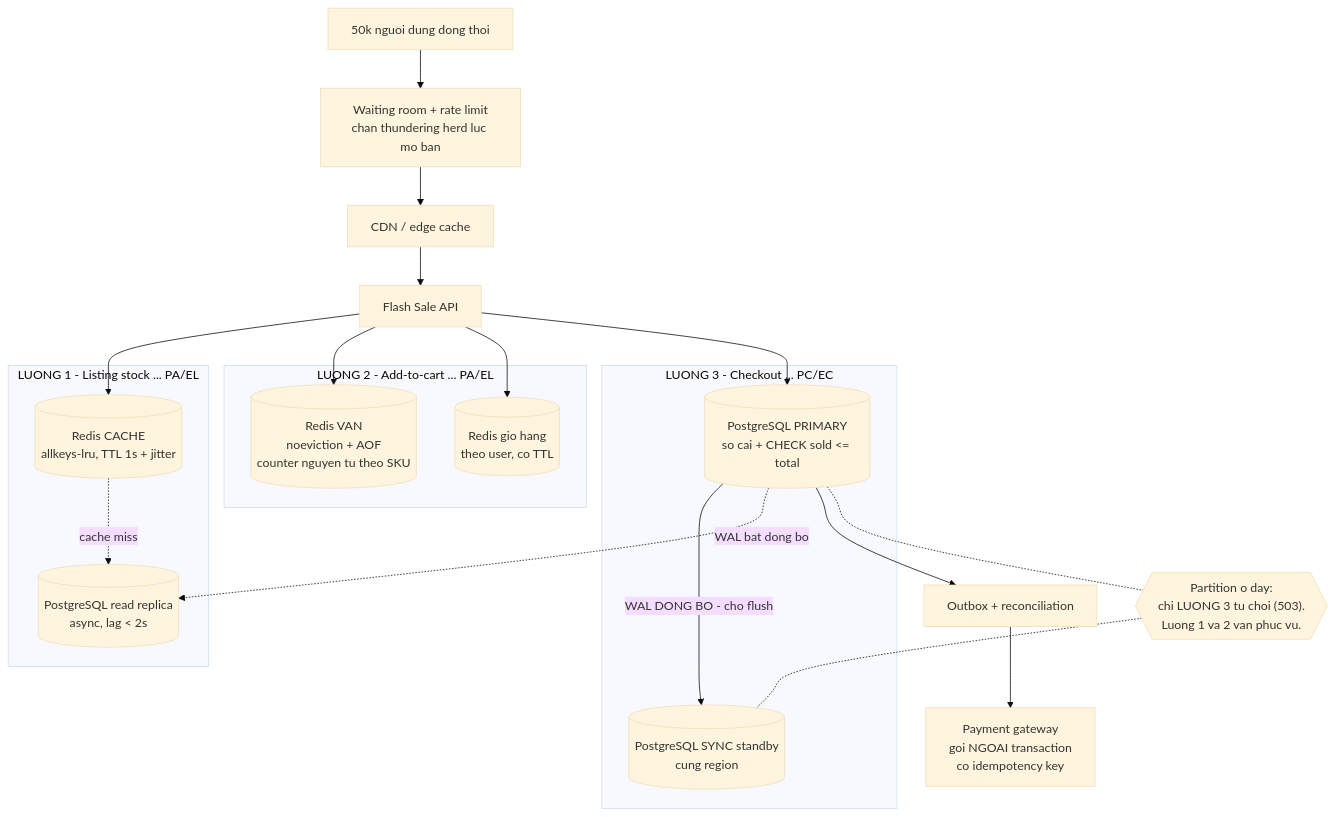
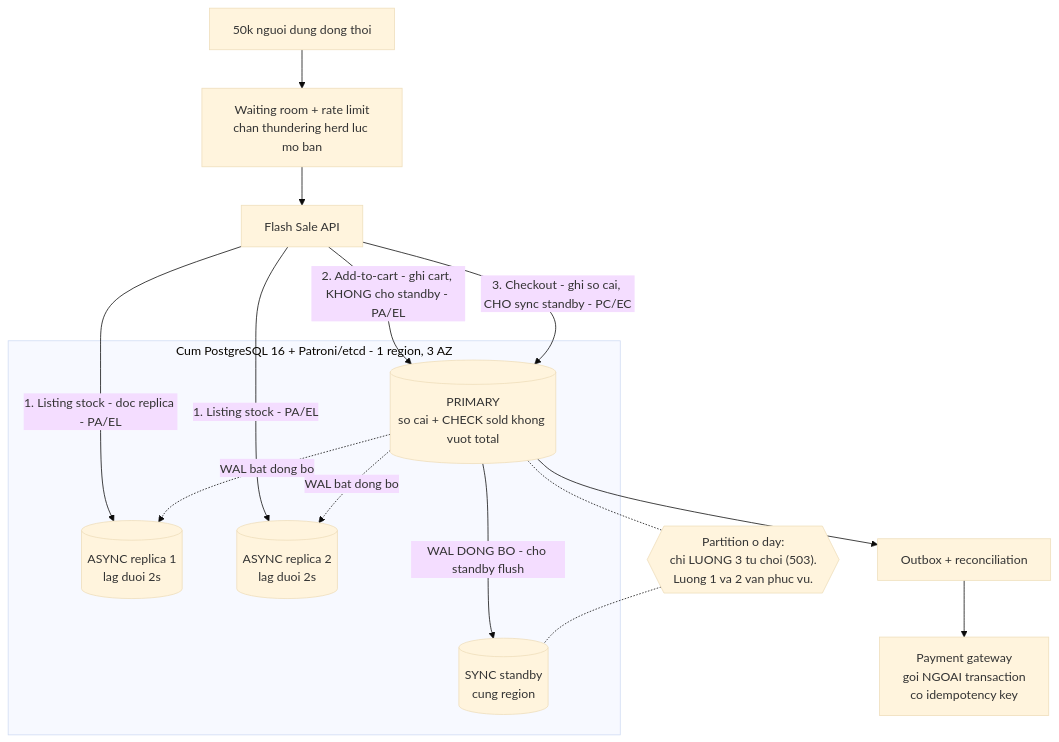
Before and after one commit to tamnt871999/java-project: the diagram in ass4/README.md, drawn with Mermaid (base theme). The commit also changed other lines of this file and 1 other file, not shown here.

First line of the commit message:
ass4: bo han Redis, chi con PostgreSQL + replica; them ban PDF

````diff
--- a/ass4/README.md
+++ b/ass4/README.md
@@ -291,36 +108,28 @@
 ```mermaid
 graph TB
     U["50k nguoi dung dong thoi"] --> WR["Waiting room + rate limit<br/>chan thundering herd luc mo ban"]
-    WR --> CDN["CDN / edge cache"]
-    CDN --> API["Flash Sale API"]
+    WR --> API["Flash Sale API"]
 
-    subgraph F1["LUONG 1 - Listing stock ... PA/EL"]
-        RC[("Redis CACHE<br/>allkeys-lru, TTL 1s + jitter")]
-        RR[("PostgreSQL read replica<br/>async, lag < 2s")]
+    subgraph CLUSTER["Cum PostgreSQL 16 + Patroni/etcd - 1 region, 3 AZ"]
+        PGP[("PRIMARY<br/>so cai + CHECK sold khong vuot total")]
+        PGS[("SYNC standby<br/>cung region")]
+        RR1[("ASYNC replica 1<br/>lag duoi 2s")]
+        RR2[("ASYNC replica 2<br/>lag duoi 2s")]
     end
 
-    subgraph F2["LUONG 2 - Add-to-cart ... PA/EL"]
-        RV[("Redis VAN<br/>noeviction + AOF<br/>counter nguyen tu theo SKU")]
-        CART[("Redis gio hang<br/>theo user, co TTL")]
-    end
+    API -->|"1. Listing stock - doc replica - PA/EL"| RR1
+    API -->|"1. Listing stock - PA/EL"| RR2
+    API -->|"2. Add-to-cart - ghi cart, KHONG cho standby - PA/EL"| PGP
+    API -->|"3. Checkout - ghi so cai, CHO sync standby - PC/EC"| PGP
 
-    subgraph F3["LUONG 3 - Checkout ... PC/EC"]
-        PGP[("PostgreSQL PRIMARY<br/>so cai + CHECK sold <= total")]
-        PGS[("PostgreSQL SYNC standby<br/>cung region")]
-    end
+    PGP -->|"WAL DONG BO - cho standby flush"| PGS
+    PGP -.->|"WAL bat dong bo"| RR1
+    PGP -.->|"WAL bat dong bo"| RR2
 
-    API --> RC
-    API --> RV
-    API --> CART
-    API --> PGP
-
-    RC -.->|"cache miss"| RR
-    PGP -->|"WAL DONG BO - cho flush"| PGS
-    PGP -.->|"WAL bat dong bo"| RR
     PGP --> OB["Outbox + reconciliation"]
     OB --> PAY["Payment gateway<br/>goi NGOAI transaction<br/>co idempotency key"]
 
     CUT{{"Partition o day:<br/>chi LUONG 3 tu choi (503).<br/>Luong 1 va 2 van phuc vu."}}
     PGP -.- CUT
     CUT -.- PGS
 ```
````
